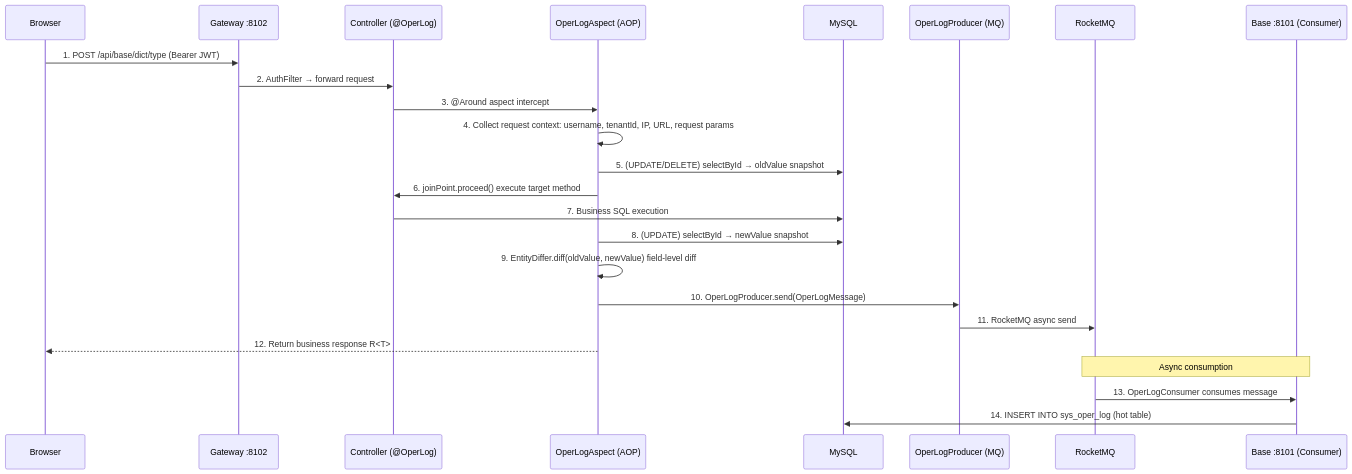
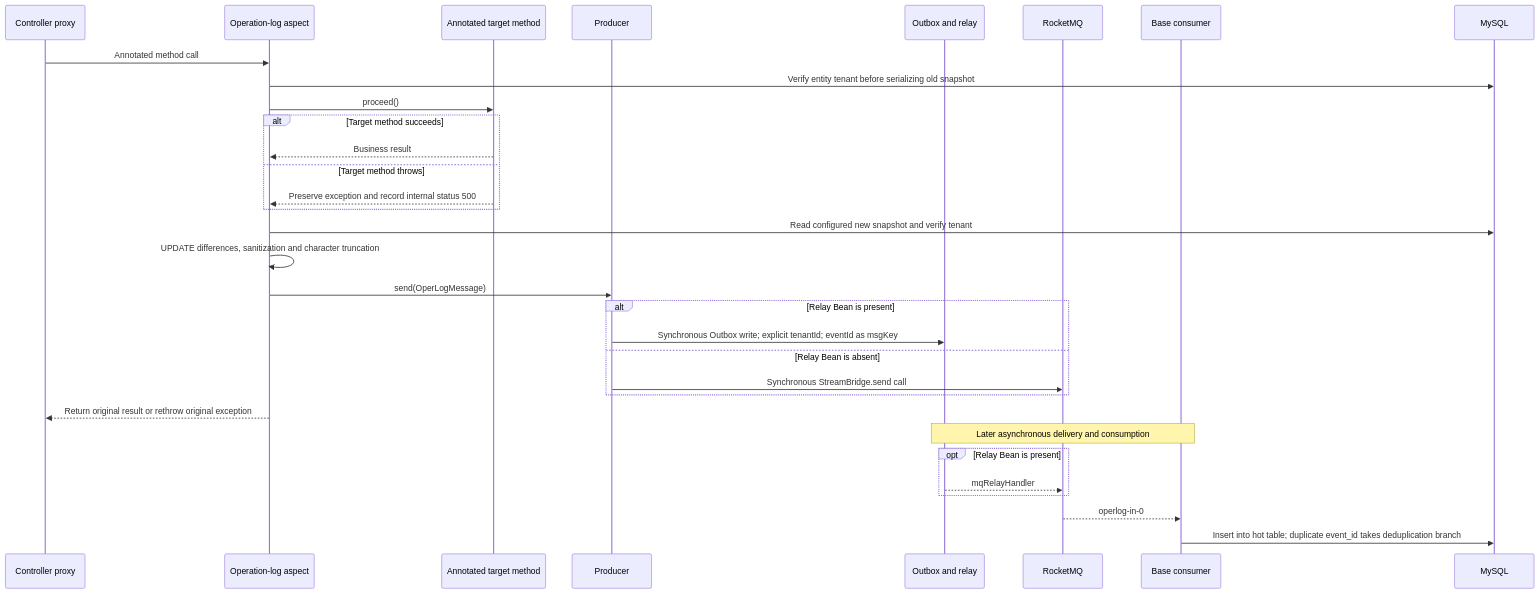
One commit to wang-baohai/Omni-Stack changed the tenth of 21 diagrams in docs/core-flows.en.md. Above: the diagram before and after it, drawn with Mermaid. The commit also changed other lines of this file and 1095 other files, not shown here.

````diff
--- a/docs/core-flows.en.md
+++ b/docs/core-flows.en.md
@@ -1213,28 +932,34 @@
 ```mermaid
 sequenceDiagram
-    participant B as Browser
-    participant G as Gateway :8102
-    participant C as Controller (@OperLog)
-    participant A as OperLogAspect (AOP)
-    participant M as MySQL
-    participant P as OperLogProducer (MQ)
+    participant C as Controller proxy
+    participant A as Operation-log aspect
+    participant T as Annotated target method
+    participant P as Producer
+    participant O as Outbox and relay
     participant Q as RocketMQ
-    participant Base as Base :8101 (Consumer)
-
-    B->>G: 1. POST /api/base/dict/type (Bearer JWT)
-    G->>C: 2. AuthFilter → forward request
-    C->>A: 3. @Around aspect intercept
-    A->>A: 4. Collect request context: username, tenantId, IP, URL, request params
-    A->>M: 5. (UPDATE/DELETE) selectById → oldValue snapshot
-    A->>C: 6. joinPoint.proceed() execute target method
-    C->>M: 7. Business SQL execution
-    A->>M: 8. (UPDATE) selectById → newValue snapshot
-    A->>A: 9. EntityDiffer.diff(oldValue, newValue) field-level diff
-    A->>P: 10. OperLogProducer.send(OperLogMessage)
-    P->>Q: 11. RocketMQ async send
-    A-->>B: 12. Return business response R<T>
-
-    Note over Q,Base: Async consumption
-    Q->>Base: 13. OperLogConsumer consumes message
-    Base->>M: 14. INSERT INTO sys_oper_log (hot table)
+    participant B as Base consumer
+    participant D as MySQL
+    C->>A: Annotated method call
+    A->>D: Verify entity tenant before serializing old snapshot
+    A->>T: proceed()
+    alt Target method succeeds
+        T-->>A: Business result
+    else Target method throws
+        T-->>A: Preserve exception and record internal status 500
+    end
+    A->>D: Read configured new snapshot and verify tenant
+    A->>A: UPDATE differences, sanitization and character truncation
+    A->>P: send(OperLogMessage)
+    alt Relay Bean is present
+        P->>O: Synchronous Outbox write#59; explicit tenantId#59; eventId as msgKey
+    else Relay Bean is absent
+        P->>Q: Synchronous StreamBridge.send call
+    end
+    A-->>C: Return original result or rethrow original exception
+    Note over O,B: Later asynchronous delivery and consumption
+    opt Relay Bean is present
+        O-->>Q: mqRelayHandler
+    end
+    Q-->>B: operlog-in-0
+    B->>D: Insert into hot table#59; duplicate event_id takes deduplication branch
 ```
````
